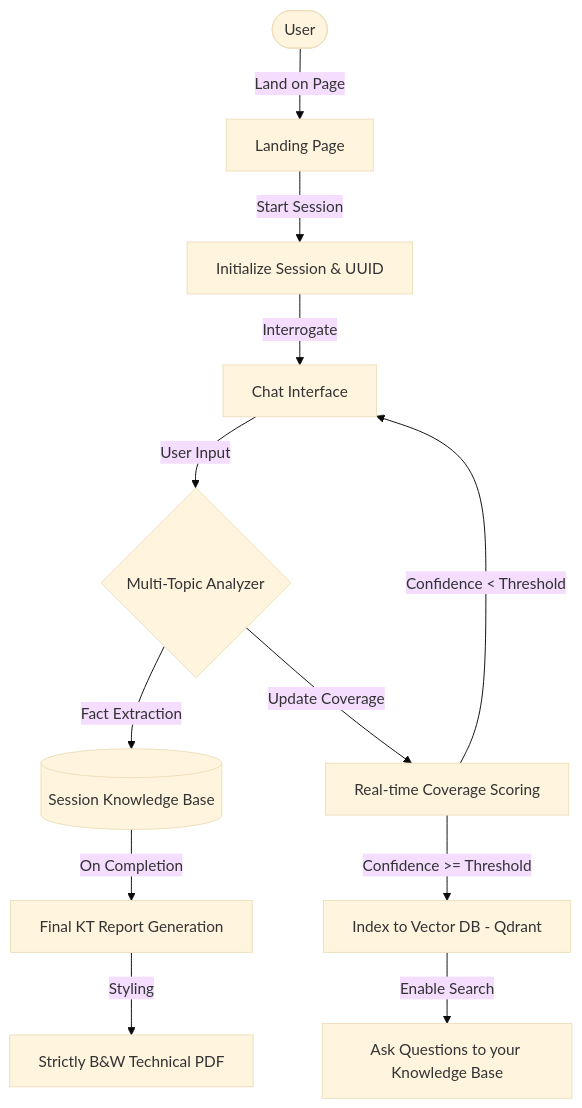
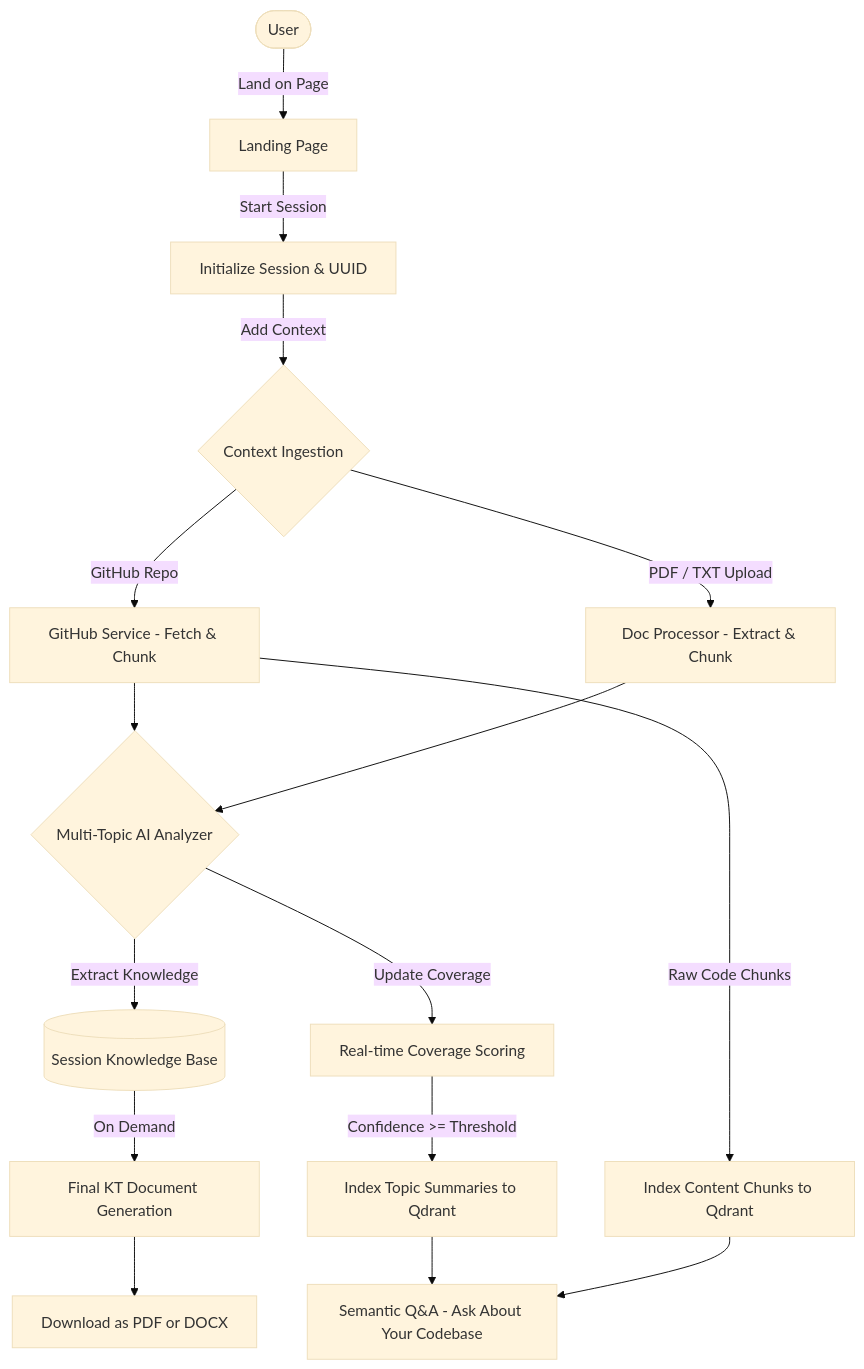
One commit to Nikhil-Maheshwari-10/KT-assistant changed the diagram in README.md. Above: the diagram before and after it, drawn with Mermaid (base theme). The commit also changed other lines of this file, not shown here.

Commit message:
docs: update README with GitHub repository ingestion, intent-based RAG, and project requirements

````diff
--- a/README.md
+++ b/README.md
@@ -9,14 +9,18 @@
 ```mermaid
 graph TD
     User([User]) -->|Land on Page| Landing[Landing Page]
     Landing -->|Start Session| Init[Initialize Session & UUID]
-    Init -->|Interrogate| Chat[Chat Interface]
-    Chat -->|User Input| Analyzer{Multi-Topic Analyzer}
-    Analyzer -->|Fact Extraction| Knowledge[(Session Knowledge Base)]
+    Init -->|Add Context| Ingest{Context Ingestion}
+    Ingest -->|GitHub Repo| GitHub[GitHub Service - Fetch & Chunk]
+    Ingest -->|PDF / TXT Upload| DocProc[Doc Processor - Extract & Chunk]
+    GitHub --> Analyzer{Multi-Topic AI Analyzer}
+    DocProc --> Analyzer
+    Analyzer -->|Extract Knowledge| Knowledge[(Session Knowledge Base)]
     Analyzer -->|Update Coverage| Progress[Real-time Coverage Scoring]
-    Progress -- Confidence < Threshold --> Chat
-    Progress -- Confidence >= Threshold --> Index[Index to Vector DB - Qdrant]
-    Index -->|Enable Search| RAG[Ask Questions to your Knowledge Base]
-    Knowledge -->|On Completion| Final[Final KT Report Generation]
-    Final -->|Styling| PDF[Strictly B&W Technical PDF]
+    Progress -- Confidence >= Threshold --> Index[Index Topic Summaries to Qdrant]
+    GitHub -->|Raw Code Chunks| ChunkIndex[Index Content Chunks to Qdrant]
+    Index --> RAG[Semantic Q&A - Ask About Your Codebase]
+    ChunkIndex --> RAG
+    Knowledge -->|On Demand| Final[Final KT Document Generation]
+    Final --> Export[Download as PDF or DOCX]
 ```
````
